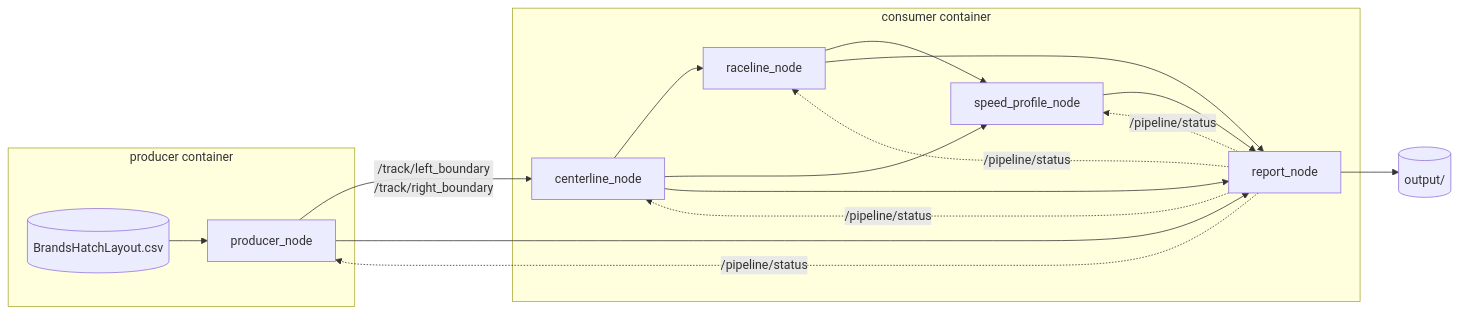
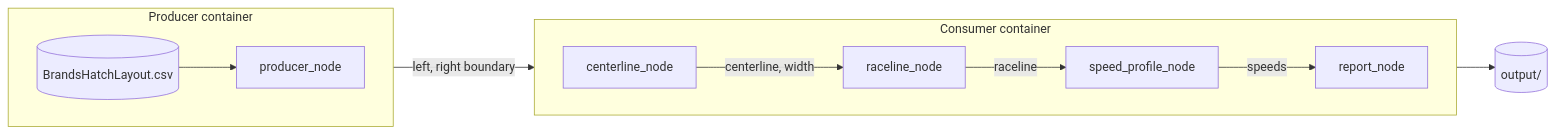
Before and after one commit to pinhas019/bgr-racing-autonomous-task: the diagram in README.md, drawn with Mermaid. The commit also changed other lines of this file, not shown here.

Commit message:
README: wider left-to-right Mermaid diagram, real clone URL
Resume: README final; next = push to origin.

````diff
--- a/README.md
+++ b/README.md
@@ -68,16 +68,15 @@
 ```mermaid
 flowchart LR
-  subgraph P["producer container"]
-    CSV[(BrandsHatchLayout.csv)] --> PN[producer_node]
-  end
-  subgraph C["consumer container"]
-    CL[centerline_node] --> RL[raceline_node] --> SP[speed_profile_node] --> RP[report_node]
-    CL --> SP
-    CL --> RP
-    RL --> RP
-  end
-  PN -- "/track/left_boundary<br>/track/right_boundary" --> CL
-  PN --> RP
-  RP --> OUT[(output/)]
-  RP -. "/pipeline/status" .-> PN & CL & RL & SP
+    subgraph PRODUCER ["Producer container"]
+        direction LR
+        CSV[("BrandsHatchLayout.csv")] --> PN["producer_node"]
+    end
+    subgraph CONSUMER ["Consumer container"]
+        direction LR
+        CL["centerline_node"] -->|"centerline, width"| RL["raceline_node"]
+        RL -->|"raceline"| SP["speed_profile_node"]
+        SP -->|"speeds"| RP["report_node"]
+    end
+    PN -->|"left, right boundary"| CL
+    RP --> OUT[("output/")]
 ```
````
